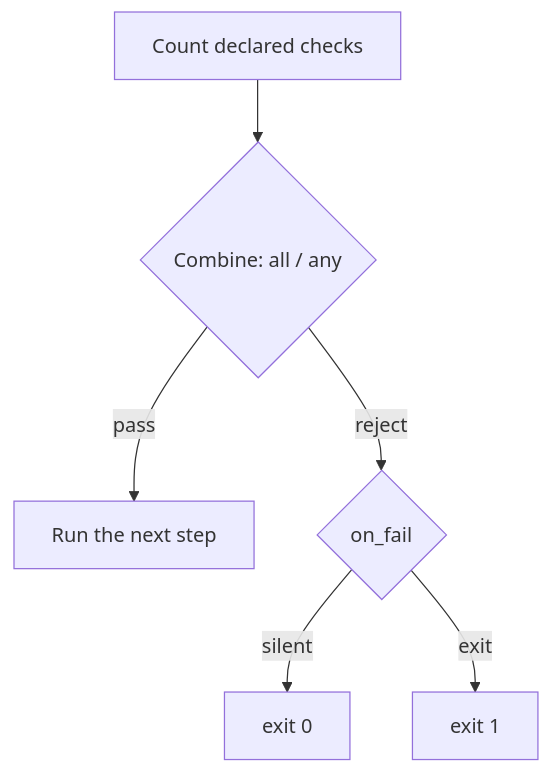
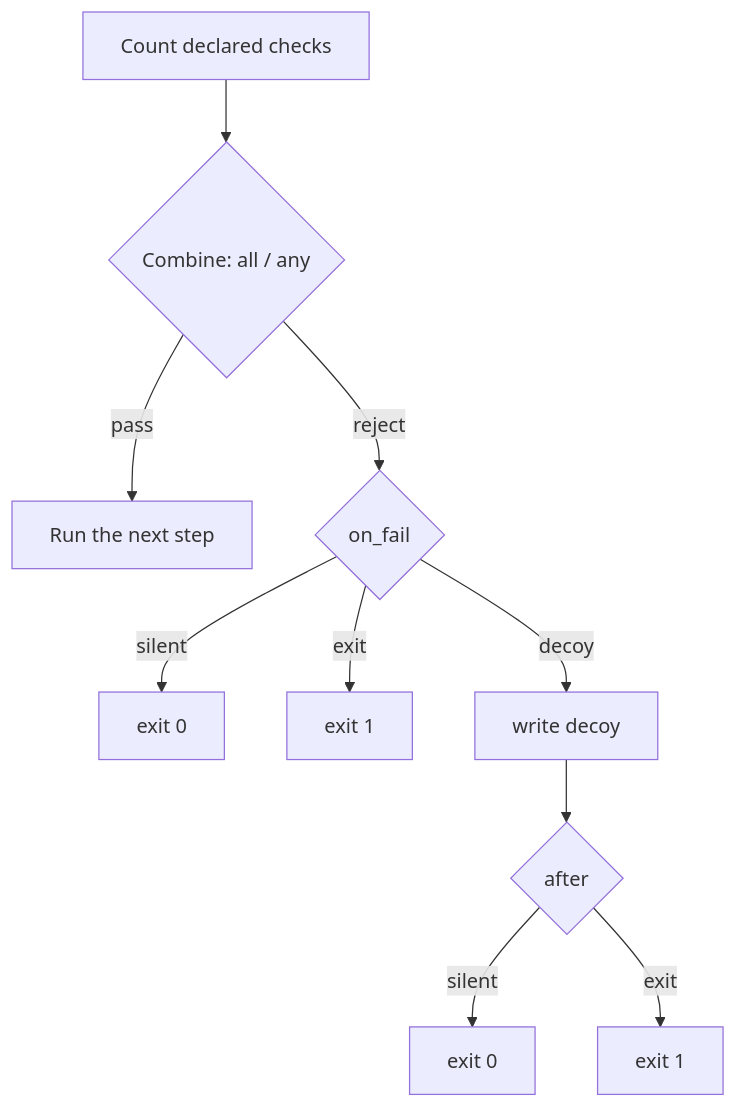
Before and after one commit to M3str3/Picaro: the diagram in src/techniques/bouncer/README.md, drawn with Mermaid. The commit also changed other lines of this file and 23 other files, not shown here.

````diff
--- a/src/techniques/bouncer/README.md
+++ b/src/techniques/bouncer/README.md
@@ -20,8 +23,12 @@
 ```mermaid
 flowchart TD
     A[Count declared checks] --> B{Combine: all / any}
     B -->|pass| C[Run the next step]
     B -->|reject| D{on_fail}
     D -->|silent| E[exit 0]
     D -->|exit| F[exit 1]
+    D -->|decoy| G[write decoy]
+    G --> H{after}
+    H -->|silent| I[exit 0]
+    H -->|exit| J[exit 1]
 ```
````
